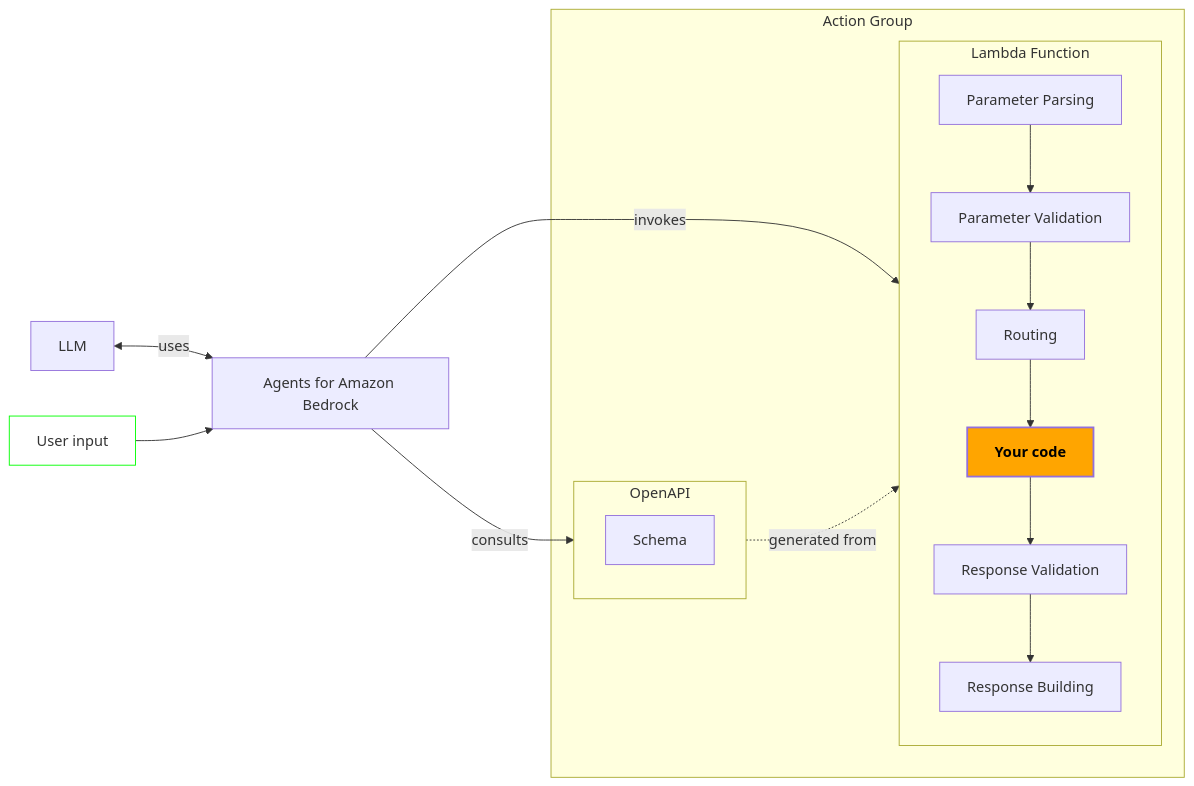
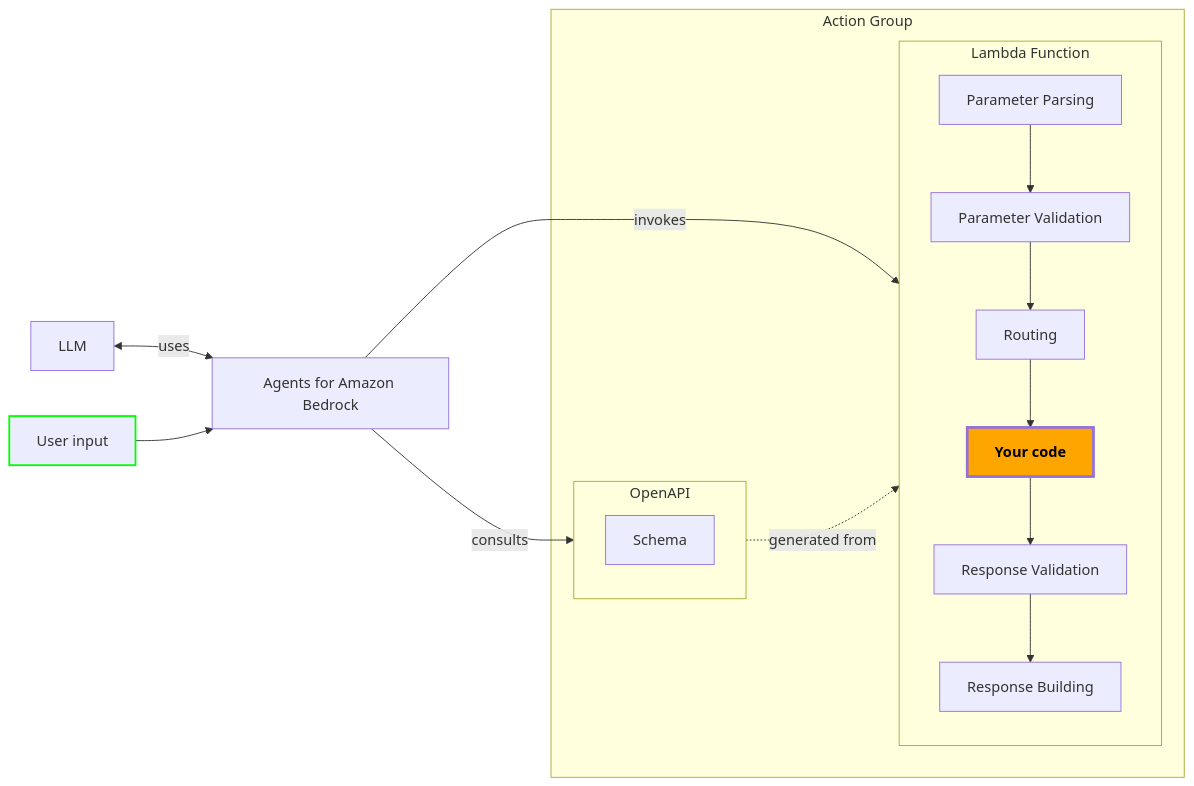
The diagram in docs/core/event_handler/bedrock_agents.mermaid (aws-powertools/powertools-lambda-python), drawn with Mermaid before and after one commit.

Commit message:
chore: color contrast

```diff
--- a/docs/core/event_handler/bedrock_agents.mermaid
+++ b/docs/core/event_handler/bedrock_agents.mermaid
@@ -1,25 +1,25 @@
 flowchart LR
     Bedrock[LLM] <-- uses --> Agent
     You[User input] --> Agent
     Agent -- consults --> OpenAPI
     Agent[Agents for Amazon Bedrock] -- invokes --> Lambda
 
     subgraph OpenAPI
         Schema
     end
 
     subgraph Lambda[Lambda Function]
         direction TB
         Parsing[Parameter Parsing] --> Validation
         Validation[Parameter Validation] --> Routing
         Routing --> Code[Your code]
         Code --> ResponseValidation[Response Validation]
         ResponseValidation --> ResponseBuilding[Response Building]
     end
 
     subgraph ActionGroup[Action Group]
         OpenAPI -. generated from .-> Lambda
     end
 
-    style Code fill:#ffa500,color:black,font-weight:bold,stroke-width:2px
-    style You stroke:#0F0,fill:#fff
+    style Code fill:#ffa500,color:black,font-weight:bold,stroke-width:3px
+    style You stroke:#0F0,stroke-width:2px
```
